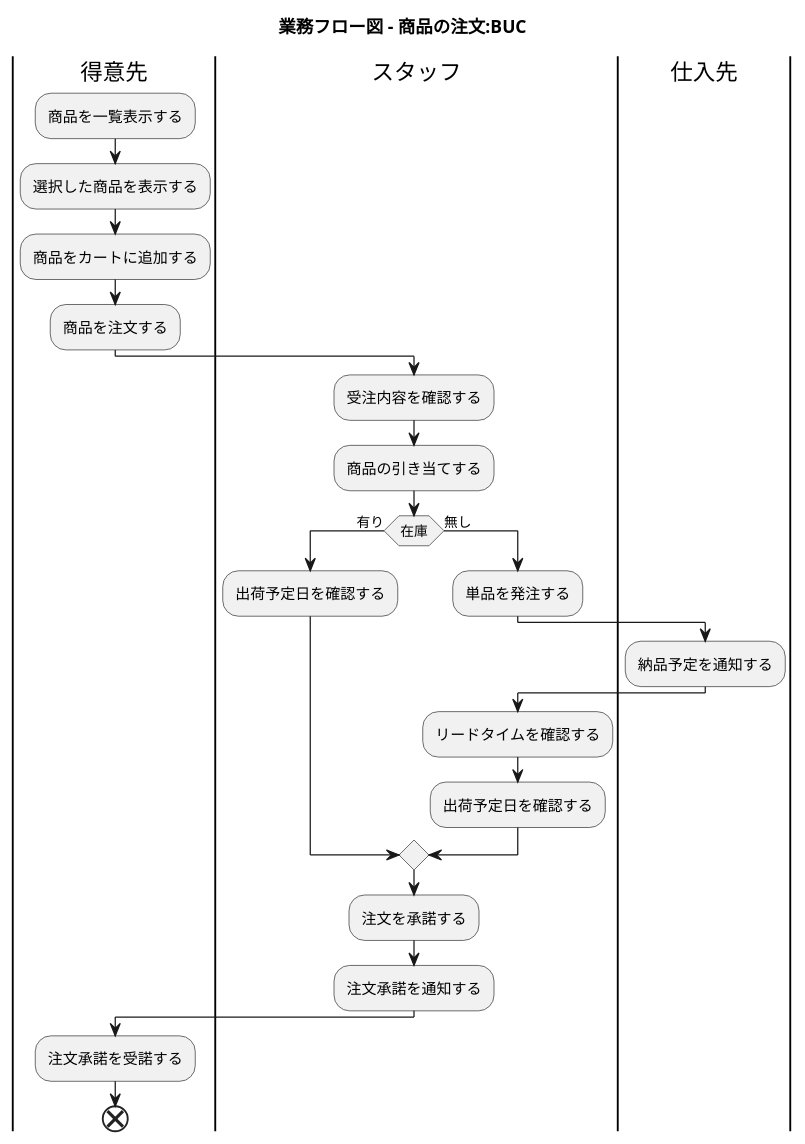
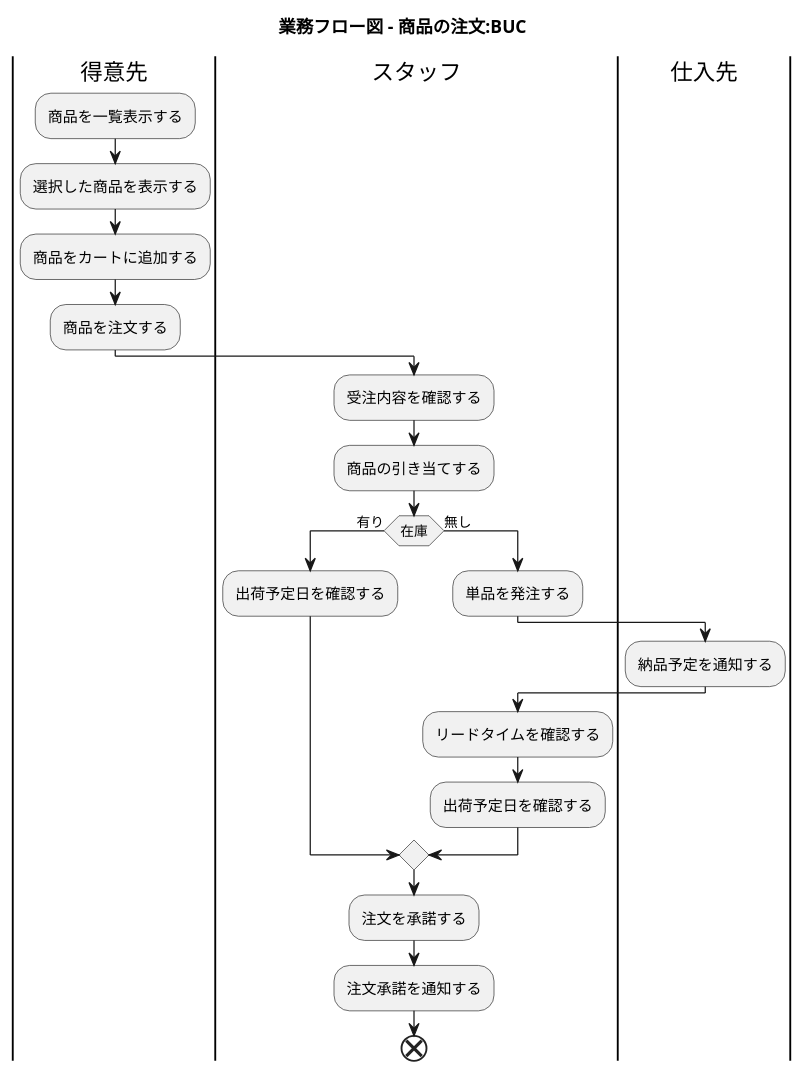
The ninth of 32 diagrams in docs/index.adoc (k2works/application_programing_excercise_2022), drawn with PlantUML before and after one commit.

Commit message:
docs: 業務フロー

```diff
--- a/docs/index.adoc
+++ b/docs/index.adoc
@@ -338,35 +338,32 @@
 [plantuml]
 ----
 @startuml
 
 title 業務フロー図 - 商品の注文:BUC
 
 |得意先|
 :商品を一覧表示する;
 :選択した商品を表示する;
 :商品をカートに追加する;
 :商品を注文する;
 
 |スタッフ|
 :受注内容を確認する;
 :商品の引き当てする;
 if (在庫) then (有り)
  :出荷予定日を確認する;
 else (無し)
  :単品を発注する;
  |仕入先|
  :納品予定を通知する;
  |スタッフ|
  :リードタイムを確認する;
  :出荷予定日を確認する;
 endif
 :注文を承諾する;
 :注文承諾を通知する;
 
-|得意先|
-:注文承諾を受諾する;
-
 end
 
 @enduml
 ----
```
